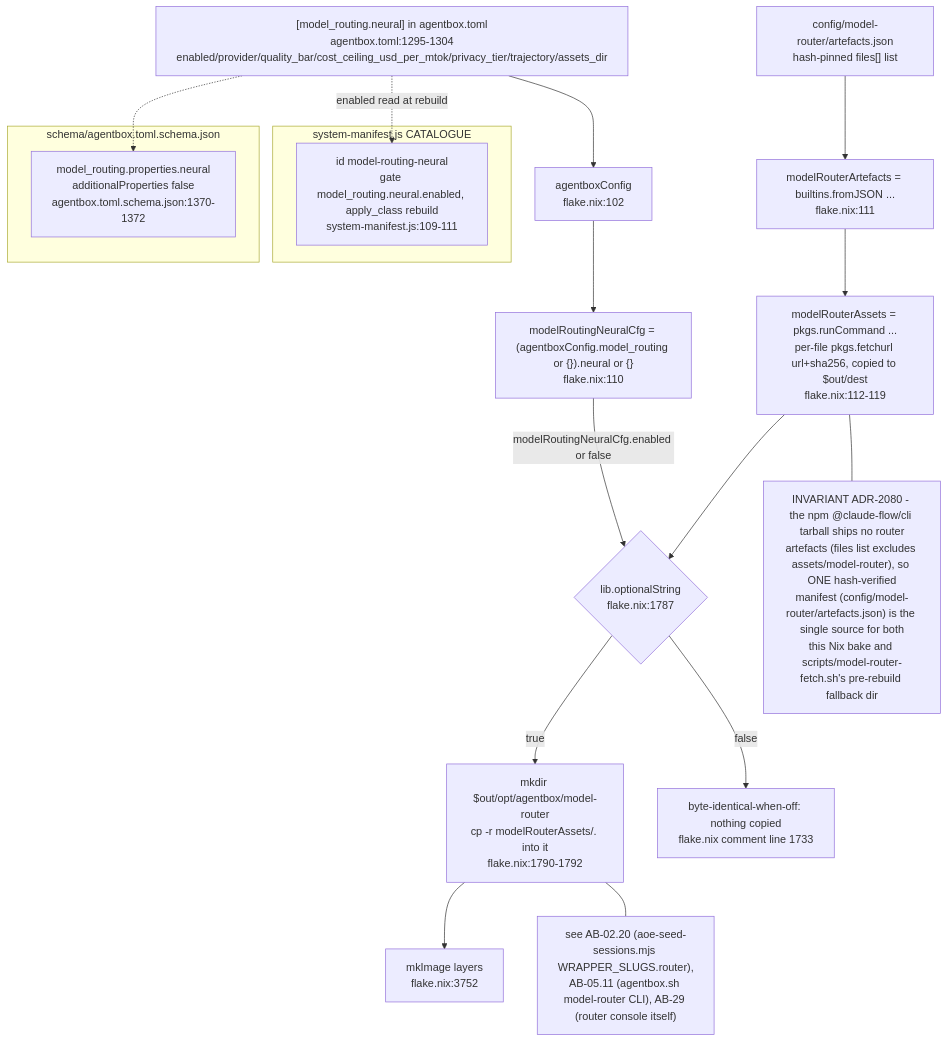
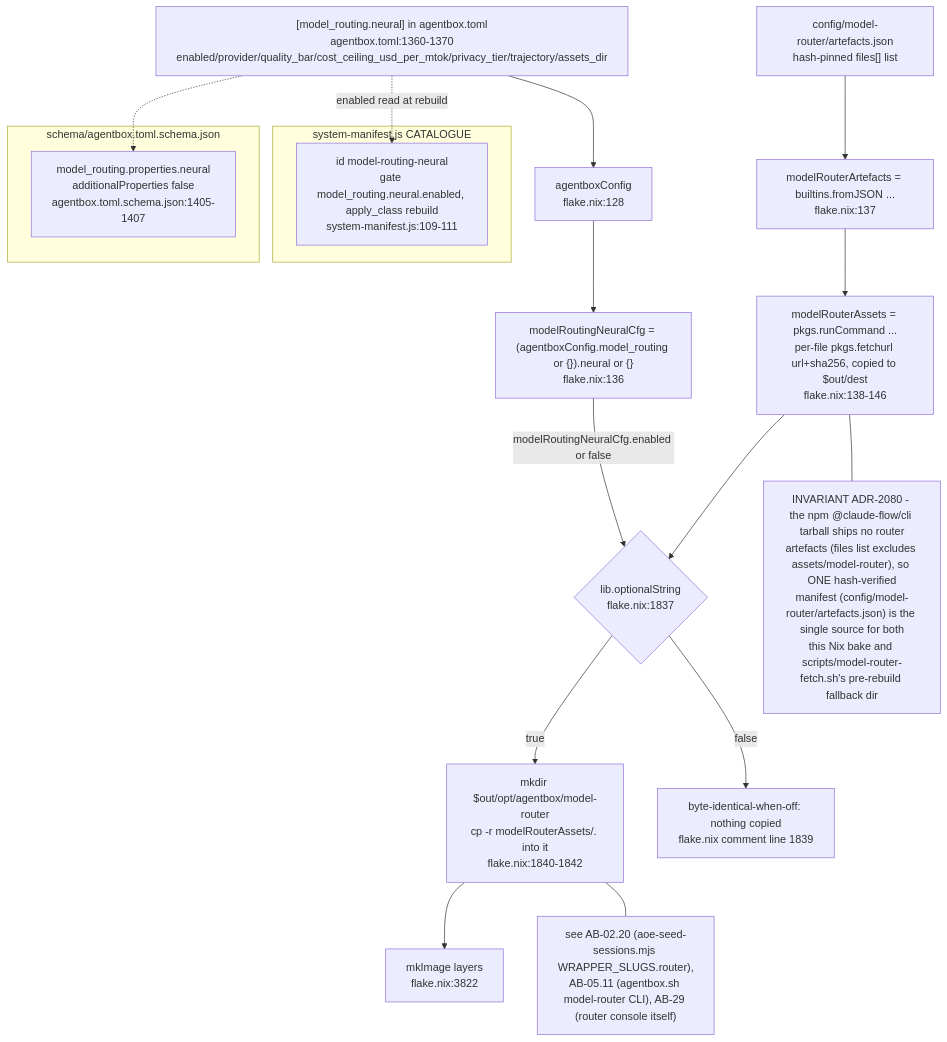
The tenth of 10 diagrams in docs/diagrams/agentbox/01-nix-flake-composition.md (DreamLab-AI/VisionFlow), drawn with Mermaid before and after one commit. The commit also changed other lines of this file and 136 other files, not shown here.

First line of the commit message:
docs(diagrams): refresh the whole corpus to code HEAD and prune low-value diagrams

````diff
--- a/docs/diagrams/agentbox/01-nix-flake-composition.md
+++ b/docs/diagrams/agentbox/01-nix-flake-composition.md
@@ -441,29 +431,29 @@
 ```mermaid
 flowchart TB
-    TOML2["[model_routing.neural] in agentbox.toml<br/>agentbox.toml:1295-1304<br/>enabled/provider/quality_bar/cost_ceiling_usd_per_mtok/privacy_tier/trajectory/assets_dir"] --> CFG2["agentboxConfig<br/>flake.nix:102"]
-    CFG2 --> MRNCFG["modelRoutingNeuralCfg = (agentboxConfig.model_routing or {}).neural or {}<br/>flake.nix:110"]
-    ARTJSON["config/model-router/artefacts.json<br/>hash-pinned files[] list"] --> MRNFETCH["modelRouterArtefacts = builtins.fromJSON ...<br/>flake.nix:111"]
-    MRNFETCH --> MRNASSETS["modelRouterAssets = pkgs.runCommand ...<br/>per-file pkgs.fetchurl url+sha256, copied to $out/dest<br/>flake.nix:112-119"]
+    TOML2["[model_routing.neural] in agentbox.toml<br/>agentbox.toml:1360-1370<br/>enabled/provider/quality_bar/cost_ceiling_usd_per_mtok/privacy_tier/trajectory/assets_dir"] --> CFG2["agentboxConfig<br/>flake.nix:128"]
+    CFG2 --> MRNCFG["modelRoutingNeuralCfg = (agentboxConfig.model_routing or {}).neural or {}<br/>flake.nix:136"]
+    ARTJSON["config/model-router/artefacts.json<br/>hash-pinned files[] list"] --> MRNFETCH["modelRouterArtefacts = builtins.fromJSON ...<br/>flake.nix:137"]
+    MRNFETCH --> MRNASSETS["modelRouterAssets = pkgs.runCommand ...<br/>per-file pkgs.fetchurl url+sha256, copied to $out/dest<br/>flake.nix:138-146"]
 
-    MRNCFG -->|"modelRoutingNeuralCfg.enabled or false"| GATE{"lib.optionalString<br/>flake.nix:1787"}
+    MRNCFG -->|"modelRoutingNeuralCfg.enabled or false"| GATE{"lib.optionalString<br/>flake.nix:1837"}
     MRNASSETS --> GATE
-    GATE -->|true| BAKE["mkdir $out/opt/agentbox/model-router<br/>cp -r modelRouterAssets/. into it<br/>flake.nix:1790-1792"]
-    GATE -->|false| SKIP["byte-identical-when-off: nothing copied<br/>flake.nix comment line 1733"]
-    BAKE --> ALLPKG2["mkImage layers<br/>flake.nix:3752"]
+    GATE -->|true| BAKE["mkdir $out/opt/agentbox/model-router<br/>cp -r modelRouterAssets/. into it<br/>flake.nix:1840-1842"]
+    GATE -->|false| SKIP["byte-identical-when-off: nothing copied<br/>flake.nix comment line 1839"]
+    BAKE --> ALLPKG2["mkImage layers<br/>flake.nix:3822"]
 
     subgraph MANIFEST2["system-manifest.js CATALOGUE"]
         MRNENTRY["id model-routing-neural<br/>gate model_routing.neural.enabled, apply_class rebuild<br/>system-manifest.js:109-111"]
     end
     TOML2 -.->|"enabled read at rebuild"| MRNENTRY
 
     subgraph SCHEMA2["schema/agentbox.toml.schema.json"]
-        NEURALSCHEMA["model_routing.properties.neural<br/>additionalProperties false<br/>agentbox.toml.schema.json:1370-1372"]
+        NEURALSCHEMA["model_routing.properties.neural<br/>additionalProperties false<br/>agentbox.toml.schema.json:1405-1407"]
     end
     TOML2 -.-> NEURALSCHEMA
 
     NOTE1["INVARIANT ADR-2080 - the npm @claude-flow/cli tarball ships no router<br/>artefacts (files list excludes assets/model-router), so ONE hash-verified<br/>manifest (config/model-router/artefacts.json) is the single source for both<br/>this Nix bake and scripts/model-router-fetch.sh's pre-rebuild fallback dir"]
     MRNASSETS --- NOTE1
 
     NOTE2["see AB-02.20 (aoe-seed-sessions.mjs WRAPPER_SLUGS.router),<br/>AB-05.11 (agentbox.sh model-router CLI), AB-29 (router console itself)"]
     BAKE --- NOTE2
 ```
````
